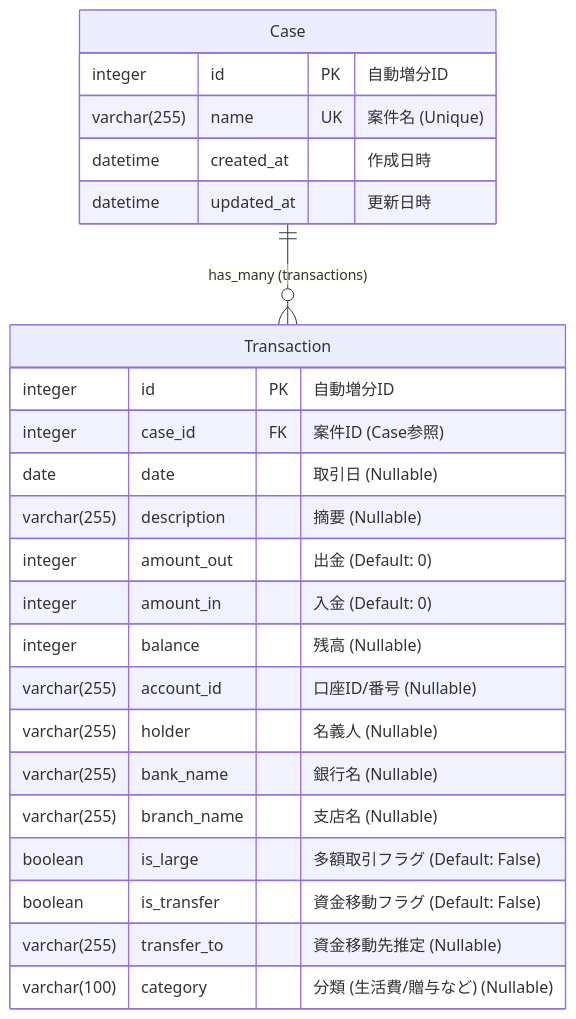
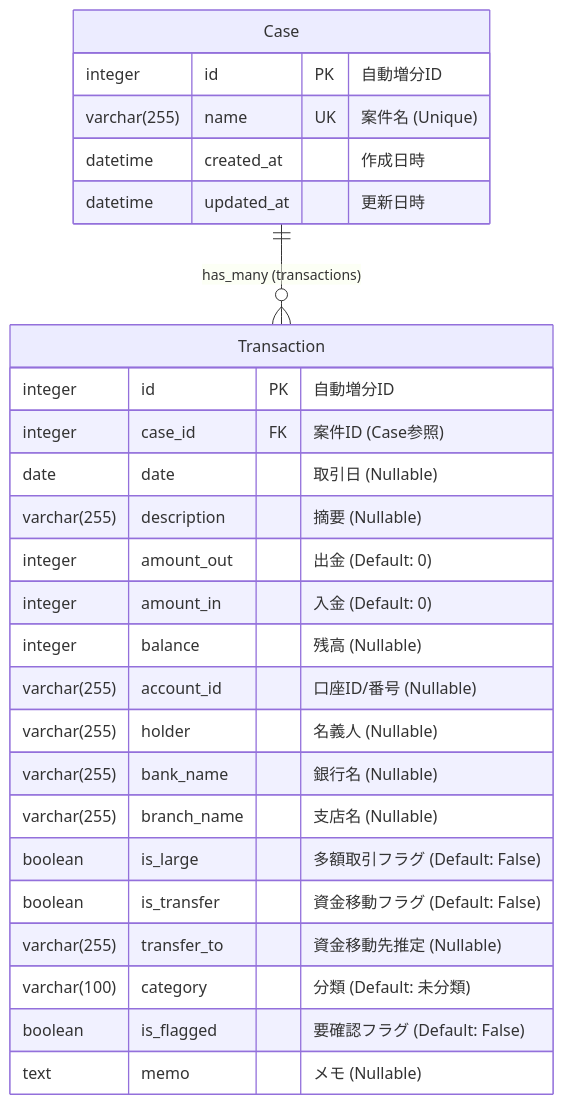
Before and after one commit to kojima1978/tax_apps: the diagram in apps/bank-analyzer-django/ER_DIAGRAM.md, drawn with Mermaid. The commit also changed other lines of this file and 23 other files, not shown here.

````diff
--- a/apps/bank-analyzer-django/ER_DIAGRAM.md
+++ b/apps/bank-analyzer-django/ER_DIAGRAM.md
@@ -5,29 +5,31 @@
 ```mermaid
 erDiagram
     Case ||--o{ Transaction : "has_many (transactions)"
-    
+
     Case {
         integer id PK "自動増分ID"
         varchar(255) name UK "案件名 (Unique)"
         datetime created_at "作成日時"
         datetime updated_at "更新日時"
     }
 
     Transaction {
         integer id PK "自動増分ID"
         integer case_id FK "案件ID (Case参照)"
         date date "取引日 (Nullable)"
         varchar(255) description "摘要 (Nullable)"
         integer amount_out "出金 (Default: 0)"
         integer amount_in "入金 (Default: 0)"
         integer balance "残高 (Nullable)"
         varchar(255) account_id "口座ID/番号 (Nullable)"
         varchar(255) holder "名義人 (Nullable)"
         varchar(255) bank_name "銀行名 (Nullable)"
         varchar(255) branch_name "支店名 (Nullable)"
         boolean is_large "多額取引フラグ (Default: False)"
         boolean is_transfer "資金移動フラグ (Default: False)"
         varchar(255) transfer_to "資金移動先推定 (Nullable)"
-        varchar(100) category "分類 (生活費/贈与など) (Nullable)"
+        varchar(100) category "分類 (Default: 未分類)"
+        boolean is_flagged "要確認フラグ (Default: False)"
+        text memo "メモ (Nullable)"
     }
 ```
````
